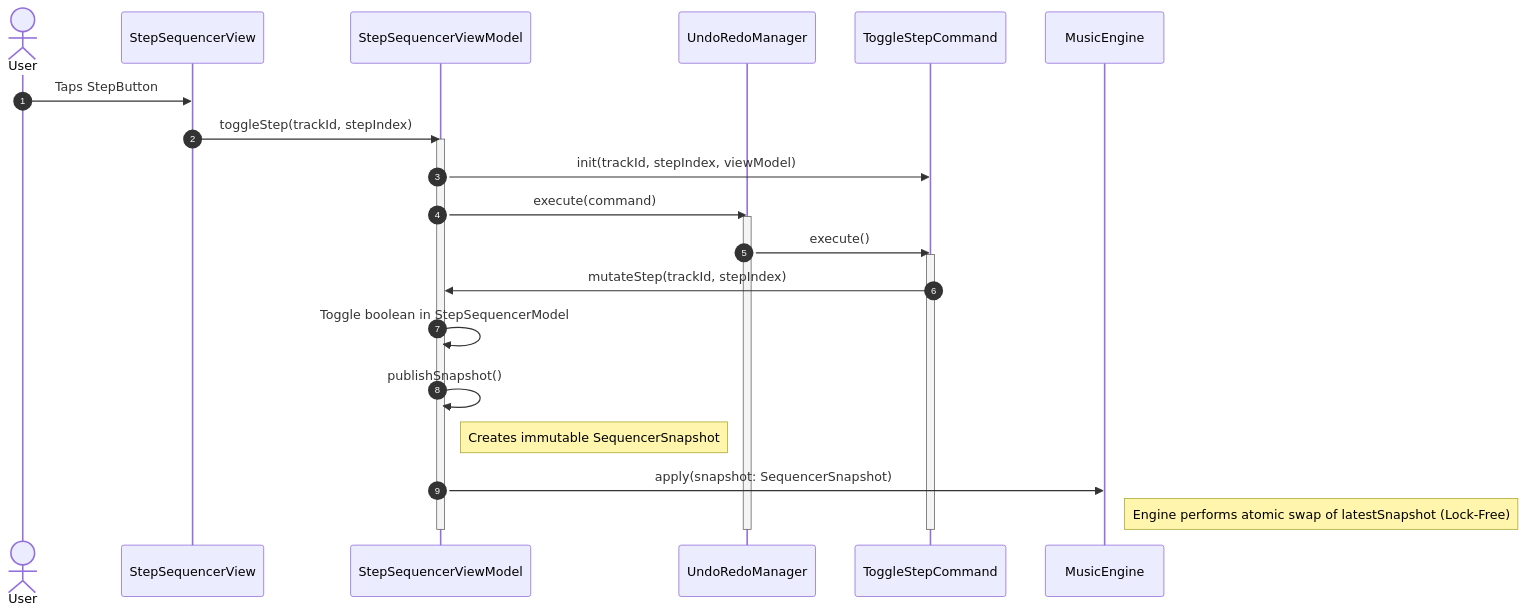
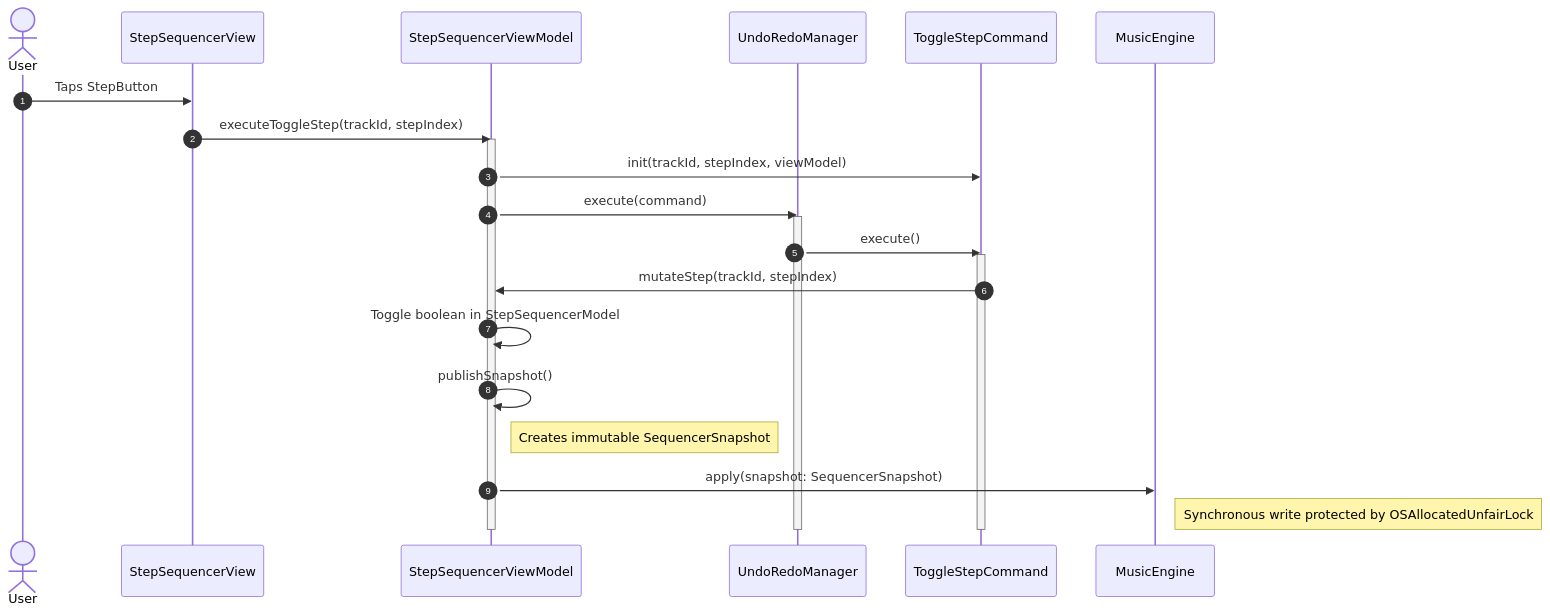
One commit to cs3217-2526/group-project-metrojuicepaak changed the diagram in docs/sequence diagrams/StepSequencer/live_editing_flow.mmd. Above: the diagram before and after it, drawn with Mermaid. The commit also changed 12 other files, not shown here.

Commit message:
Update sequence diagrams for Step Sequencer

```diff
--- a/docs/sequence diagrams/StepSequencer/live_editing_flow.mmd
+++ b/docs/sequence diagrams/StepSequencer/live_editing_flow.mmd
@@ -1,35 +1,35 @@
 sequenceDiagram
     autonumber
     actor User
     participant View as StepSequencerView
     participant VM as StepSequencerViewModel
     participant URM as UndoRedoManager
     participant Cmd as ToggleStepCommand
     participant Engine as MusicEngine
 
     User->>View: Taps StepButton
-    View->>VM: toggleStep(trackId, stepIndex)
+    View->>VM: executeToggleStep(trackId, stepIndex)
     activate VM
     
     %% Command Creation
     VM->>Cmd: init(trackId, stepIndex, viewModel)
     VM->>URM: execute(command)
     activate URM
     
     %% Command Execution
     URM->>Cmd: execute()
     activate Cmd
     Cmd->>VM: mutateStep(trackId, stepIndex)
     
     %% State Mutation & Snapshot Generation
     VM->>VM: Toggle boolean in StepSequencerModel
     VM->>VM: publishSnapshot()
     note right of VM: Creates immutable SequencerSnapshot
     
     %% The Bridge
     VM->>Engine: apply(snapshot: SequencerSnapshot)
-    note right of Engine: Engine performs atomic swap of latestSnapshot (Lock-Free)
+    note right of Engine: Synchronous write protected by OSAllocatedUnfairLock
     
     deactivate Cmd
     deactivate URM
     deactivate VM
```
